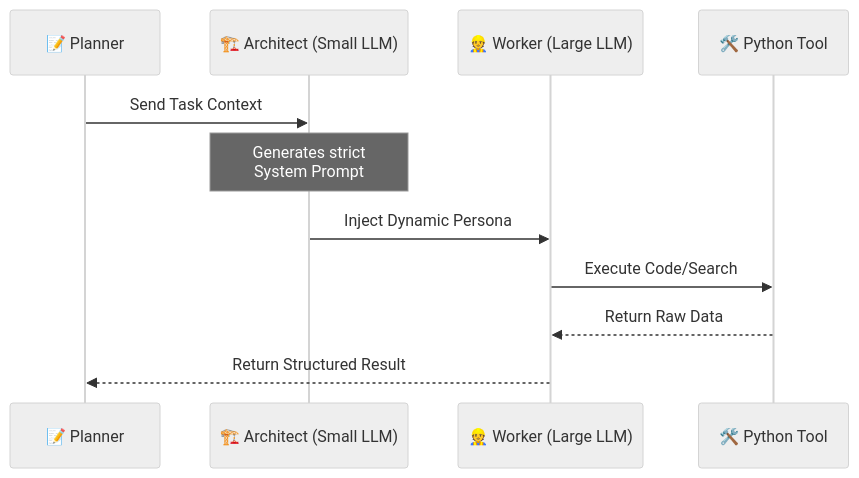
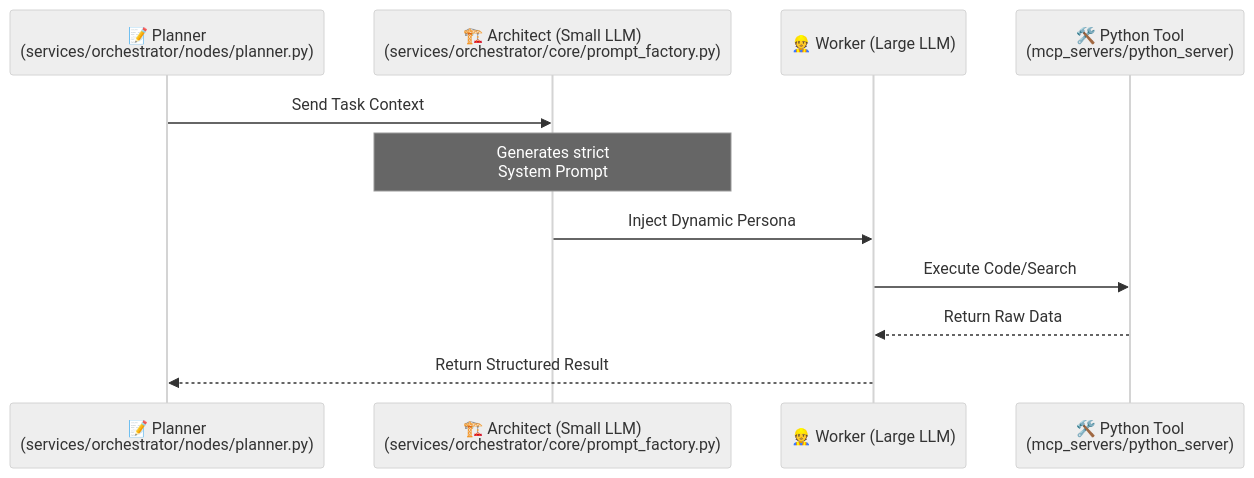
One commit to azzindani/Kea changed the sixth of 16 diagrams in README.md. Above: the diagram before and after it, drawn with Mermaid (neutral theme). The commit also changed other lines of this file, not shown here.

Commit message:
docs: Add file path references to Mermaid diagrams in README.md for improved clarity.

````diff
--- a/README.md
+++ b/README.md
@@ -615,14 +615,14 @@
 ```mermaid
 sequenceDiagram
-    participant Planner as 📝 Planner
-    participant Architect as 🏗️ Architect (Small LLM)
+    participant Planner as 📝 Planner<br/>(services/orchestrator/nodes/planner.py)
+    participant Architect as 🏗️ Architect (Small LLM)<br/>(services/orchestrator/core/prompt_factory.py)
     participant Worker as 👷 Worker (Large LLM)
-    participant Tool as 🛠️ Python Tool
+    participant Tool as 🛠️ Python Tool<br/>(mcp_servers/python_server)
 
     Planner->>Architect: Send Task Context
     Note over Architect: Generates strict <br/>System Prompt
     Architect->>Worker: Inject Dynamic Persona
     Worker->>Tool: Execute Code/Search
     Tool-->>Worker: Return Raw Data
     Worker-->>Planner: Return Structured Result
 ```
````
